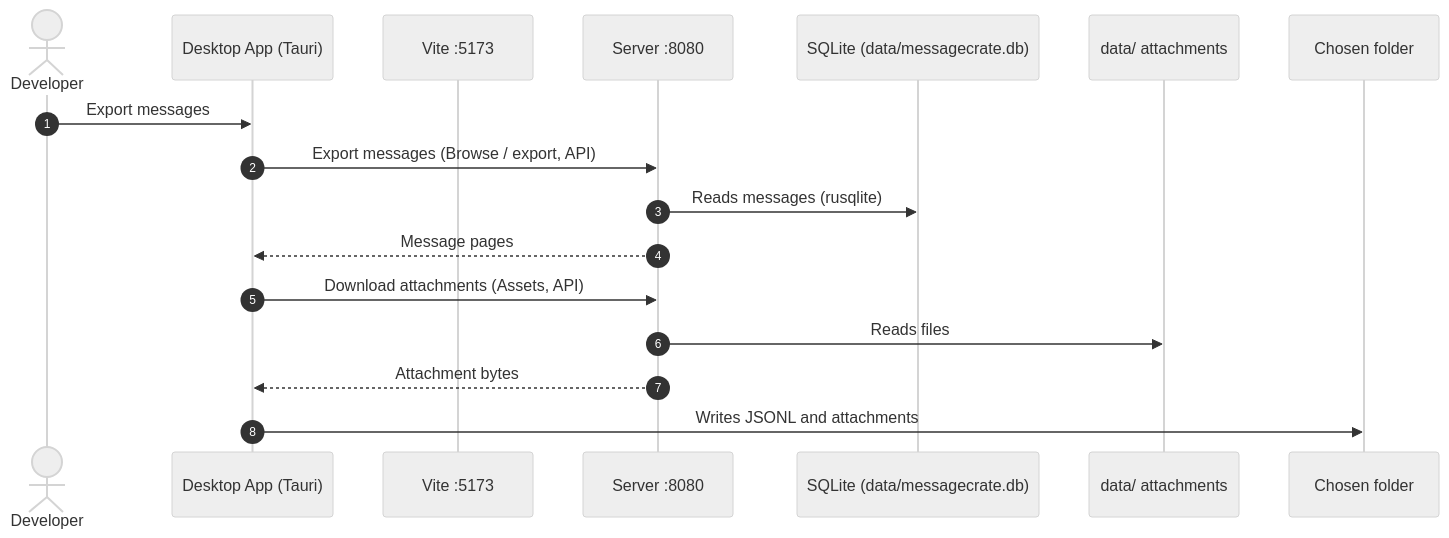
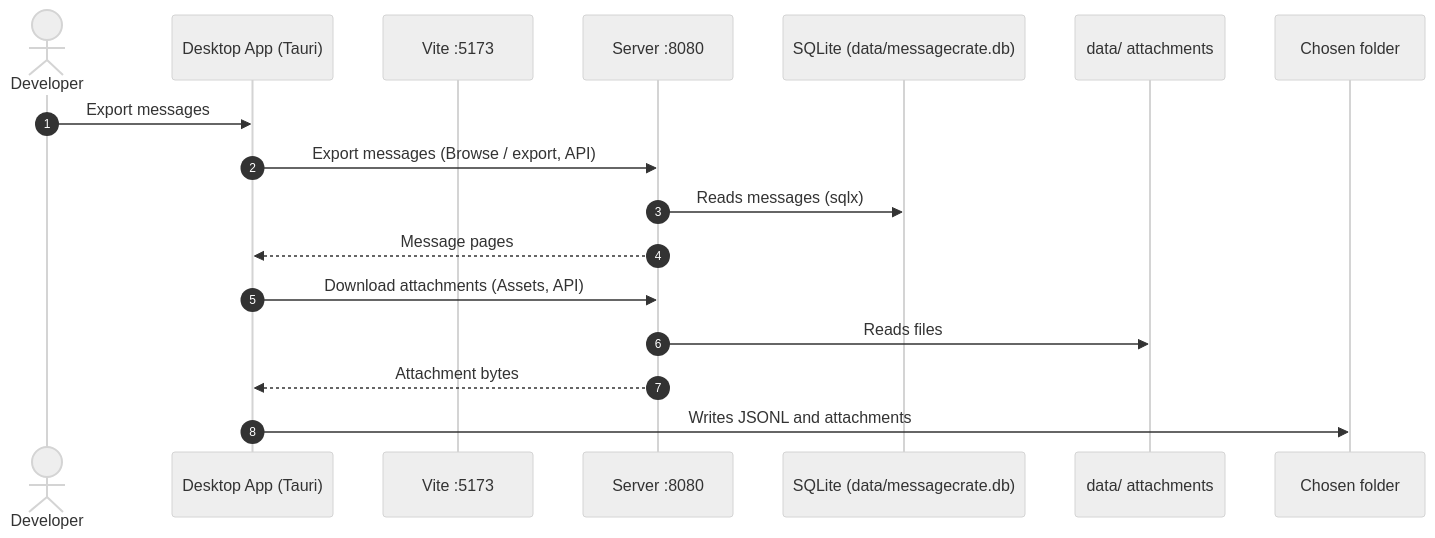
Before and after one commit to bitrealm-io/message-vault: the fourth of 4 diagrams in docs/src/content/docs/docs/developer/design.md, drawn with Mermaid (neutral theme). The commit also changed other lines of this file and 33 other files, not shown here.

````diff
--- a/docs/src/content/docs/docs/developer/design.md
+++ b/docs/src/content/docs/docs/developer/design.md
@@ -186,21 +186,21 @@
 ```mermaid
 sequenceDiagram
     autonumber
     actor Dev as Developer
     participant Desktop as Desktop App (Tauri)
     participant Vite as Vite :5173
     participant Server as Server :8080
 
     participant DB as SQLite (data/messagecrate.db)
     participant Disk as data/ attachments
     participant Out as Chosen folder
 
     Dev->>Desktop: Export messages
     Desktop->>Server: Export messages (Browse / export, API)
-    Server->>DB: Reads messages (rusqlite)
+    Server->>DB: Reads messages (sqlx)
     Server-->>Desktop: Message pages
     Desktop->>Server: Download attachments (Assets, API)
     Server->>Disk: Reads files
     Server-->>Desktop: Attachment bytes
     Desktop->>Out: Writes JSONL and attachments
 ```
````
